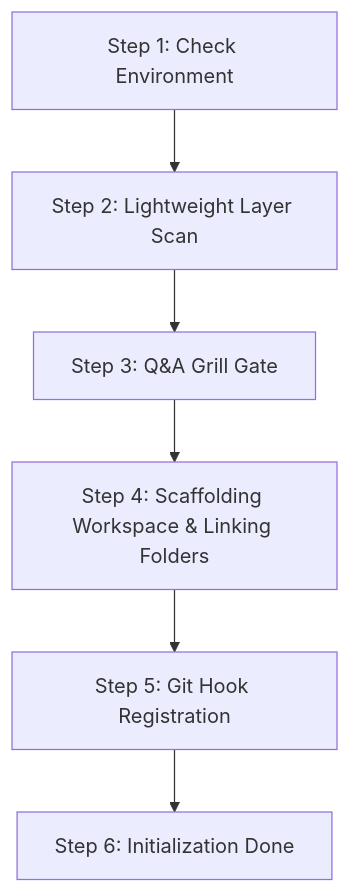
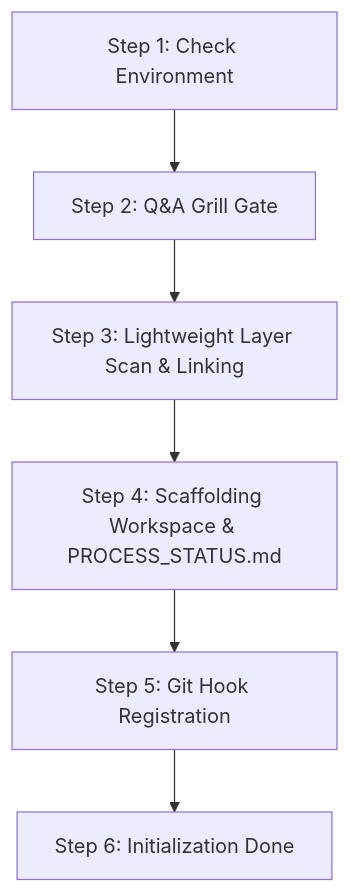
Before and after one commit to hrvthgergo/agent-driven-templates: the second of 2 diagrams in fullstack_software_dev/init/init_workflow.md, drawn with Mermaid. The commit also changed other lines of this file and 4 other files, not shown here.

Commit message:
Consolidate PLAN_STATUS.md into PROCESS_STATUS.md, swap Q&A step order in /init, and update folder structure maps

````diff
--- a/fullstack_software_dev/init/init_workflow.md
+++ b/fullstack_software_dev/init/init_workflow.md
@@ -66,8 +66,8 @@
 ```mermaid
 graph TD
-    S1[Step 1: Check Environment] --> S2[Step 2: Lightweight Layer Scan]
-    S2 --> S3[Step 3: Q&A Grill Gate]
-    S3 --> S4[Step 4: Scaffolding Workspace & Linking Folders]
+    S1[Step 1: Check Environment] --> S2[Step 2: Q&A Grill Gate]
+    S2 --> S3[Step 3: Lightweight Layer Scan & Linking]
+    S3 --> S4[Step 4: Scaffolding Workspace & PROCESS_STATUS.md]
     S4 --> S5[Step 5: Git Hook Registration]
     S5 --> S6[Step 6: Initialization Done]
 ```
````
